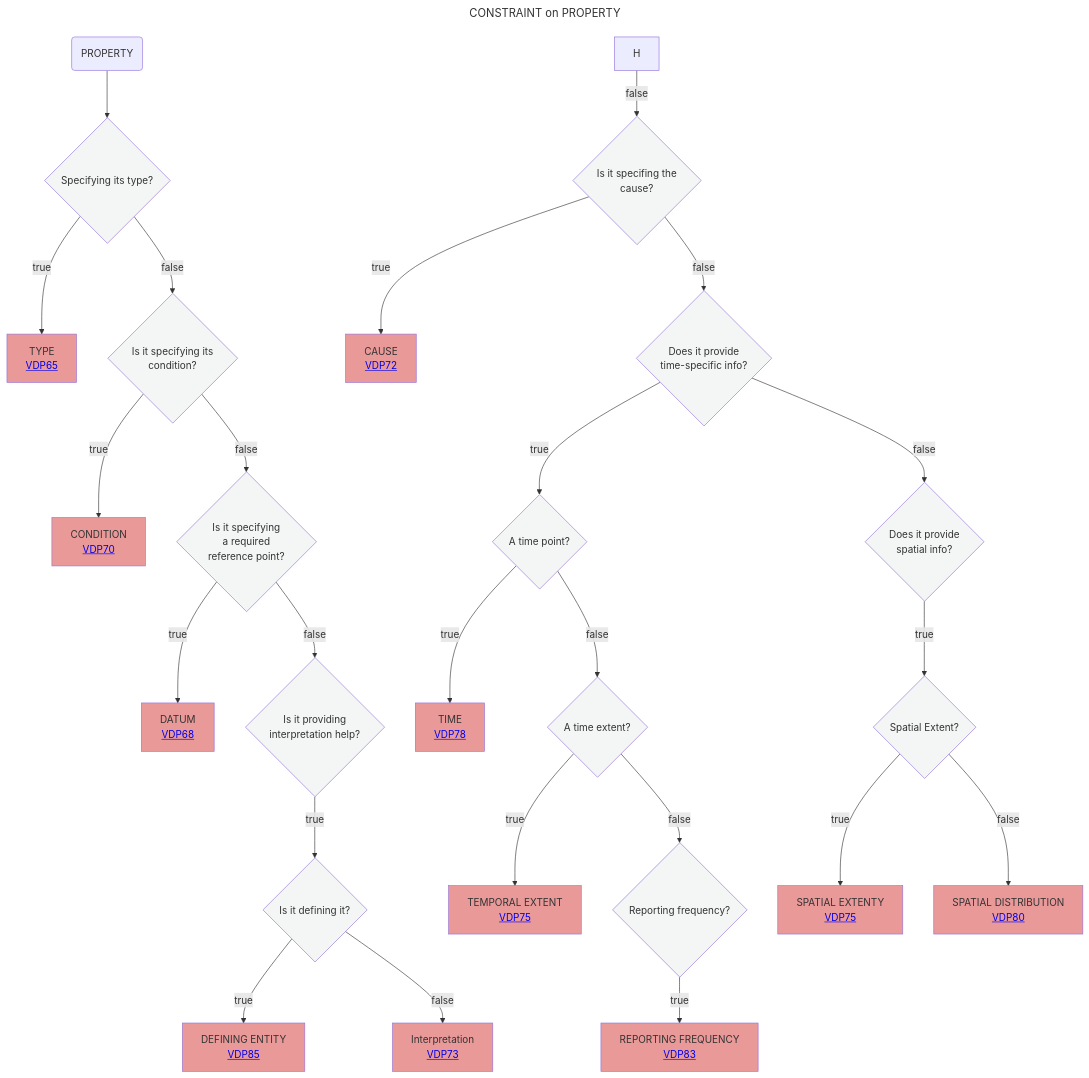
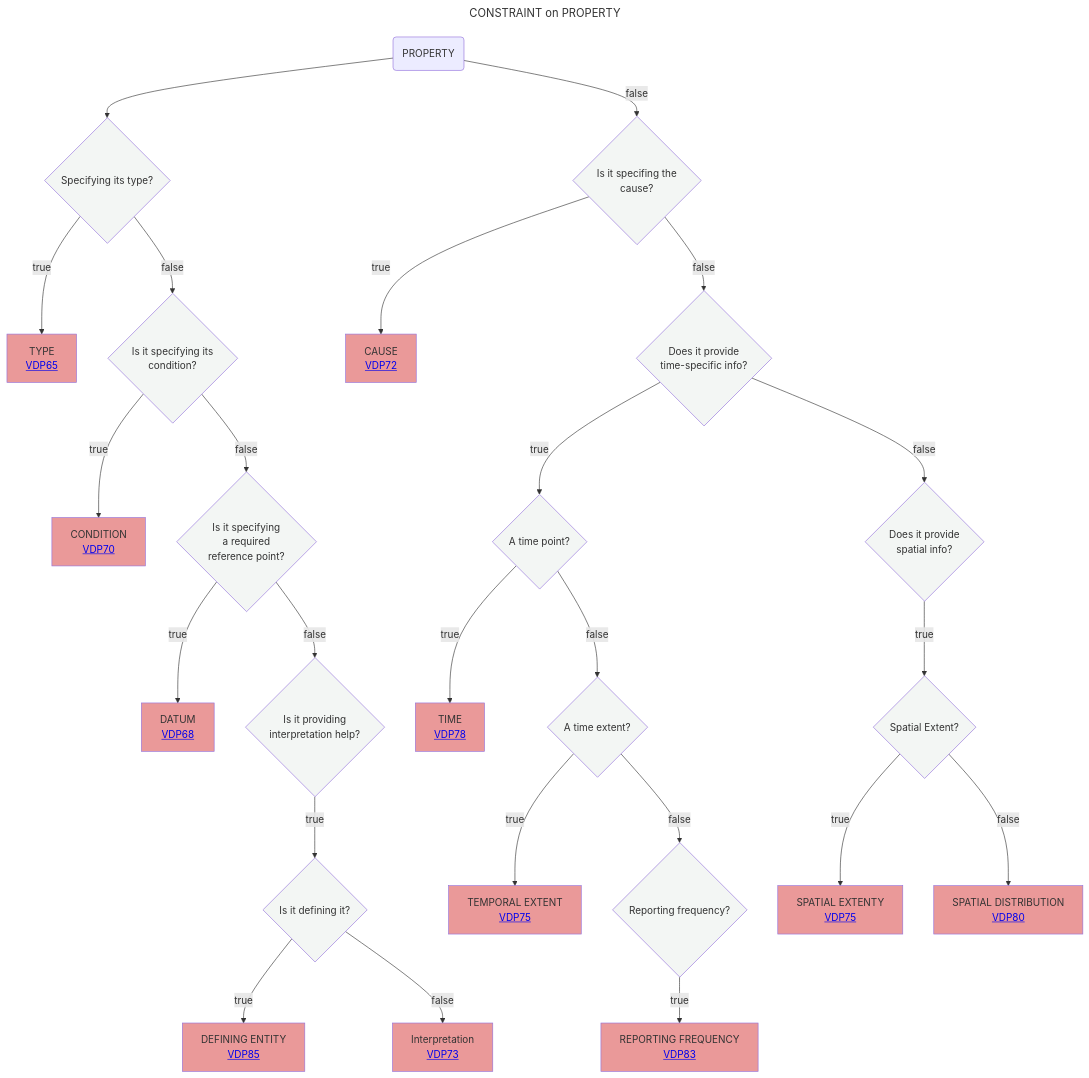
Before and after one commit to mabablue/I-ADOPT-patterns-playground: the diagram in Decisition_trees/DT9.mmd, drawn with Mermaid.

```diff
--- a/Decisition_trees/DT9.mmd
+++ b/Decisition_trees/DT9.mmd
@@ -1,32 +1,32 @@
 ---
 title: CONSTRAINT on PROPERTY
 ---
 flowchart TD
     A(PROPERTY)  --> B{Specifying its type?}:::white
     B --> |true|C[TYPE <br> <a href='https://github.com/mabablue/I-ADOPT-patterns-playground/blob/main/pattern/VDP65.yaml'>VDP65</a>]:::rose
     B --> |false|D{Is it specifying its <br> condition?}:::white
     D --> |true|E[CONDITION <br> <a href='https://github.com/mabablue/I-ADOPT-patterns-playground/blob/main/pattern/VDP70.yaml'>VDP70</a>]:::rose
     D --> |false|F{Is it specifying <br> a required <br> reference point?}:::white
     F --> |true|G[DATUM <br> <a href='https://github.com/mabablue/I-ADOPT-patterns-playground/blob/main/pattern/VDP68.yaml'>VDP68</a>]:::rose
     F --> |false|IH{Is it providing <br> interpretation help?}:::white
     IH --> |true|HI{Is it defining it?}:::white
     HI --> |true|HK[DEFINING ENTITY <br> <a href='https://github.com/mabablue/I-ADOPT-patterns-playground/blob/main/pattern/VDP85.yaml'>VDP85</a>]:::rose
     HI --> |false|I[Interpretation <br> <a href='https://github.com/mabablue/I-ADOPT-patterns-playground/blob/main/pattern/VDP73.yaml'>VDP73</a>]:::rose
-    H --> |false|J{Is it specifing the <br> cause?}:::white
+    A --> |false|J{Is it specifing the <br> cause?}:::white
     J --> |true|K[CAUSE<br> <a href='https://github.com/mabablue/I-ADOPT-patterns-playground/blob/main/pattern/VDP72.yaml'>VDP72</a>]:::rose
     J --> |false|L{Does it provide <br> time-specific info?}:::white
     L --> |true|M{A time point?}:::white
     L --> |false|T{Does it provide <br> spatial info?}:::white
     M --> |true|N[TIME<br> <a href='https://github.com/mabablue/I-ADOPT-patterns-playground/blob/main/pattern/VDP78.yaml'>VDP78</a>]:::rose
     M --> |false|O{A time extent?}:::white
     O --> |true|Q[TEMPORAL EXTENT<br> <a href='https://github.com/mabablue/I-ADOPT-patterns-playground/blob/main/pattern/VDP75.yaml'>VDP75</a>]:::rose
     O --> |false|R{Reporting frequency?}:::white
     R --> |true|S[REPORTING FREQUENCY<br> <a href='https://github.com/mabablue/I-ADOPT-patterns-playground/blob/main/pattern/VDP83.yaml'>VDP83</a>]:::rose
     T --> |true|U{Spatial Extent?}:::white
     U --> |true|V[SPATIAL EXTENTY<br> <a href='https://github.com/mabablue/I-ADOPT-patterns-playground/blob/main/pattern/VDP.75yaml'>VDP75</a>]:::rose
     U --> |false|W[SPATIAL DISTRIBUTION<br> <a href='https://github.com/mabablue/I-ADOPT-patterns-playground/blob/main/pattern/VDP.80yaml'>VDP80</a>]:::rose
    classDef blue fill:#90D5FF
    classDef satblue fill:#57B9FF 
    classDef white fill:#f3f6f4
    classDef green fill:#6aa84f
    classDef rose fill:#ea9999
```
